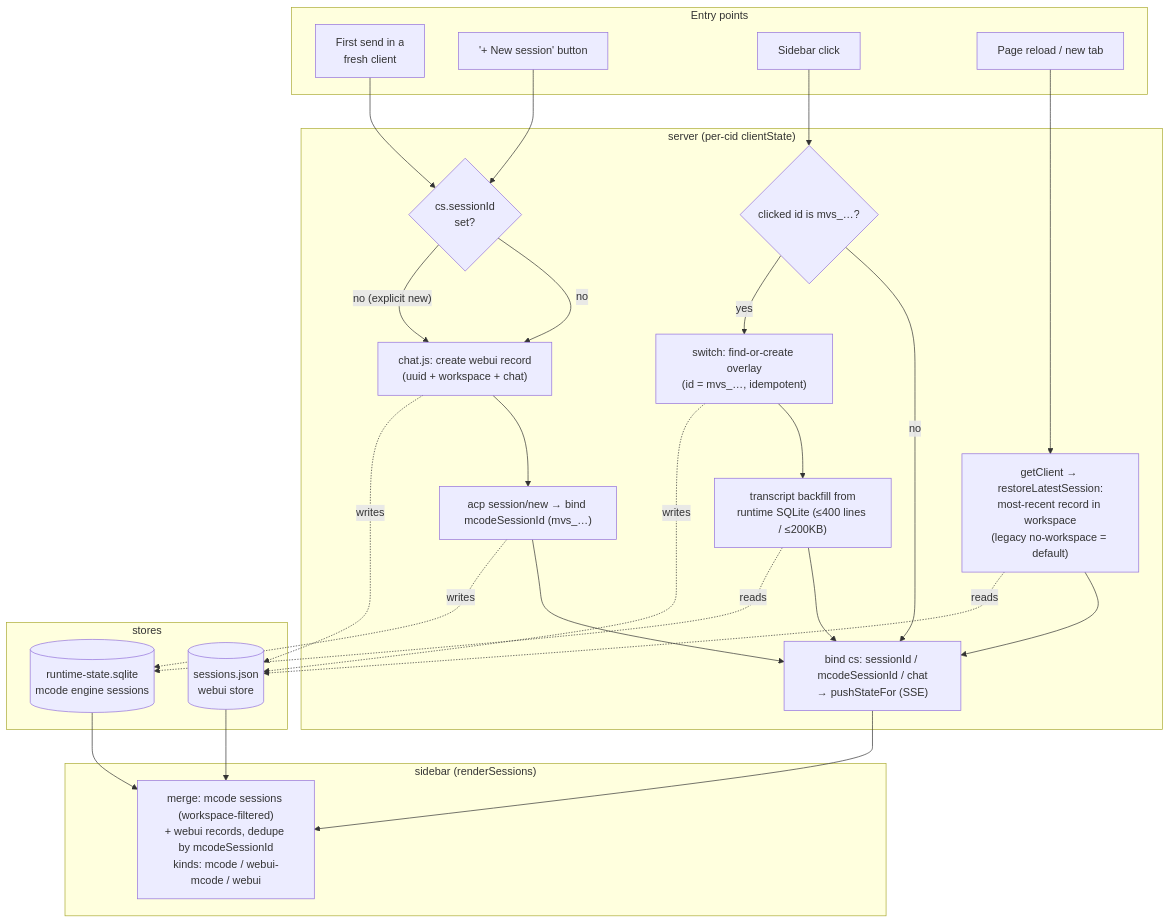
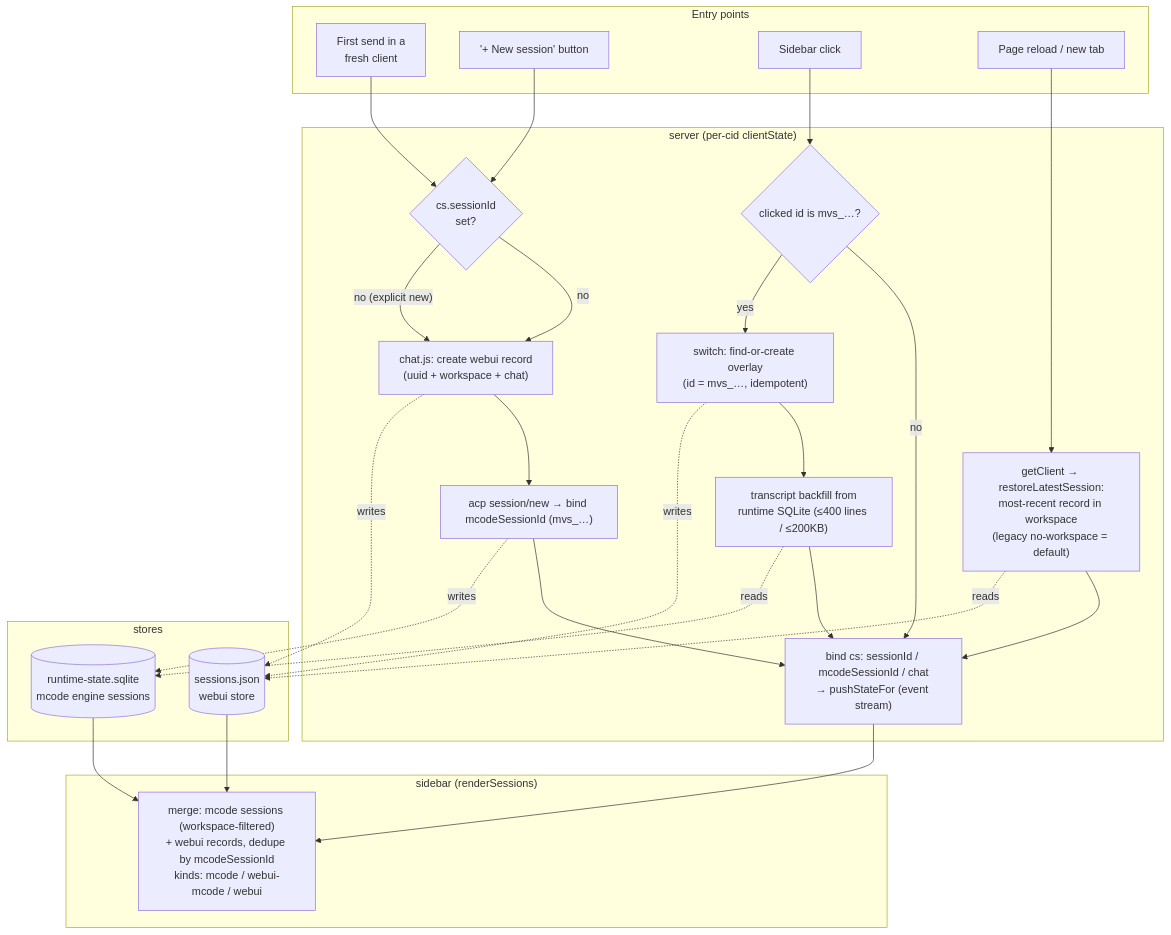
The fourth of 4 diagrams in packages/webui/docs/ARCHITECTURE.md (mcode-webui/minimax-code-web), drawn with Mermaid before and after one commit. The commit also changed other lines of this file and 71 other files, not shown here.

````diff
--- a/packages/webui/docs/ARCHITECTURE.md
+++ b/packages/webui/docs/ARCHITECTURE.md
@@ -257,46 +257,46 @@
 ```mermaid
 flowchart TD
     subgraph ENTRY["Entry points"]
         A1["First send in a<br/>fresh client"]
         A2["'+ New session' button"]
         A3["Sidebar click"]
         A4["Page reload / new tab"]
     end
 
     subgraph SERVER["server (per-cid clientState)"]
         B{"cs.sessionId<br/>set?"}
         C["chat.js: create webui record<br/>(uuid + workspace + chat)"]
         D["acp session/new → bind mcodeSessionId (mvs_…)"]
         E["getClient → restoreLatestSession:<br/>most-recent record in workspace<br/>(legacy no-workspace = default)"]
         F{"clicked id is mvs_…?"}
         G["switch: find-or-create overlay<br/>(id = mvs_…, idempotent)"]
         H["transcript backfill from<br/>runtime SQLite (≤400 lines / ≤200KB)"]
-        I["bind cs: sessionId / mcodeSessionId / chat<br/>→ pushStateFor (SSE)"]
+        I["bind cs: sessionId / mcodeSessionId / chat<br/>→ pushStateFor (event stream)"]
     end
 
     subgraph STORES["stores"]
         J[("sessions.json<br/>webui store")]
         K[("runtime-state.sqlite<br/>mcode engine sessions")]
     end
 
     subgraph SIDEBAR["sidebar (renderSessions)"]
         L["merge: mcode sessions (workspace-filtered)<br/>+ webui records, dedupe by mcodeSessionId<br/>kinds: mcode / webui-mcode / webui"]
     end
 
     A1 --> B
     B -- "no" --> C --> D --> I
     A2 --> B
     B -- "no (explicit new)" --> C
     A3 --> F
     F -- "no" --> I
     F -- "yes" --> G --> H --> I
     A4 --> E --> I
     C -.writes.-> J
     D -.writes.-> K
     E -.reads.-> J
     G -.writes.-> J
     H -.reads.-> K
     J --> L
     K --> L
     I --> L
 ```
````
